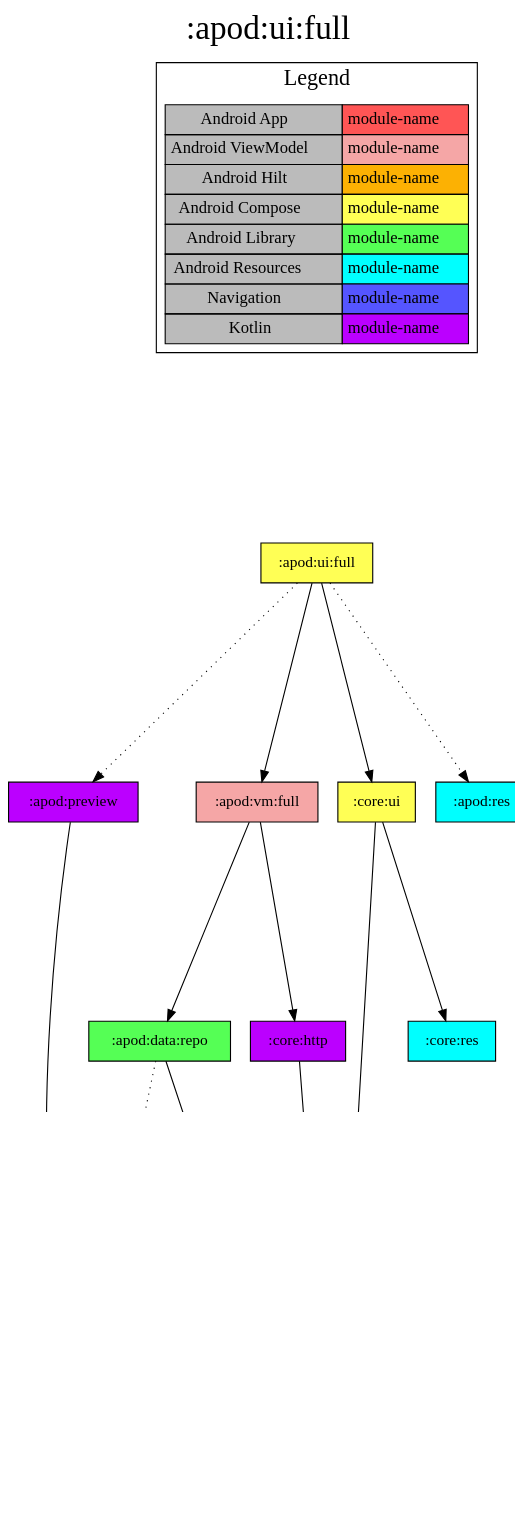
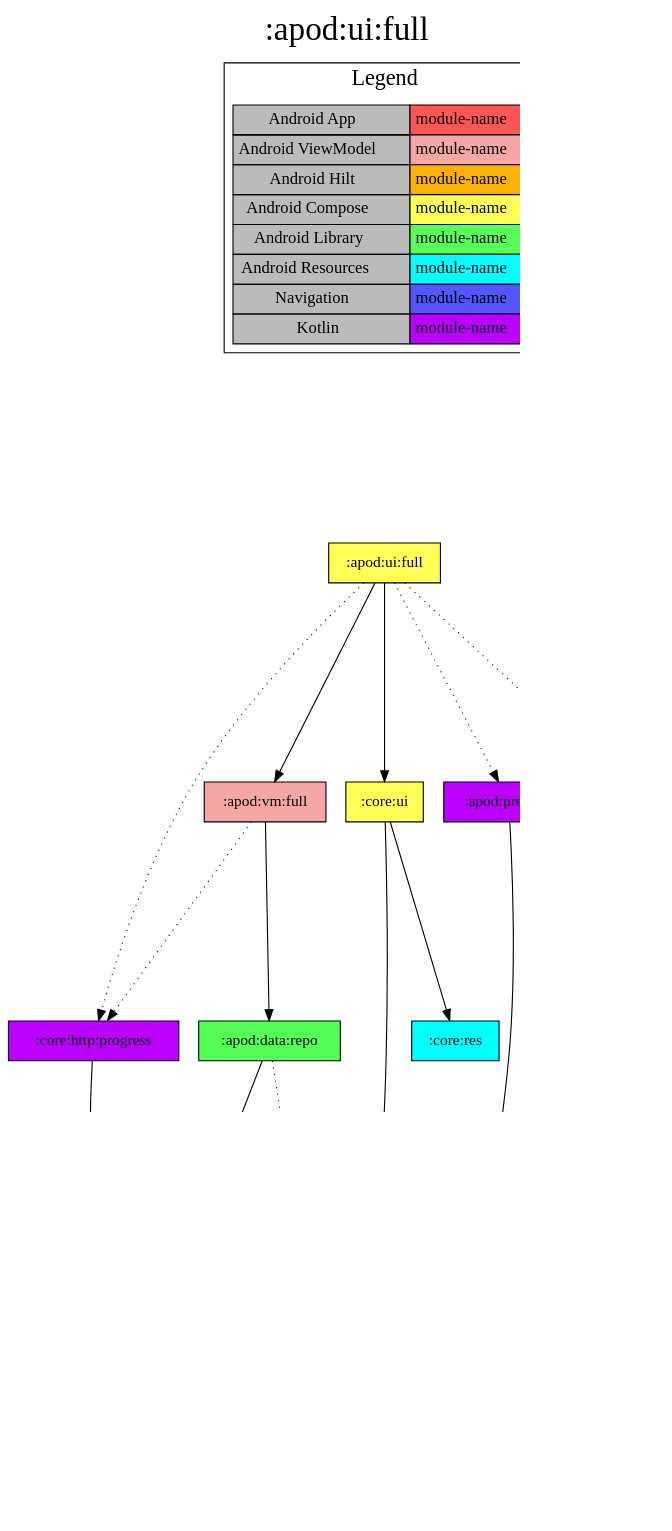
Before and after one commit to jonapoul/nasa-android: the diagram in modules/apod/ui/full/project-dependency-graph.dot, drawn with Graphviz. The commit also changed 85 other files, not shown here.

```diff
--- a/modules/apod/ui/full/project-dependency-graph.dot
+++ b/modules/apod/ui/full/project-dependency-graph.dot
@@ -1,51 +1,52 @@
 digraph {
 edge ["dir"="forward"]
 graph ["dpi"="100","label"=":apod:ui:full","labelloc"="t","fontsize"="30","ranksep"="2.5","rankdir"="TB"]
 node ["style"="filled"]
 ":apod:ui:full" ["fillcolor"="#FFFF55","shape"="box"]
 ":apod:vm:full" ["fillcolor"="#F5A6A6","shape"="box"]
 ":apod:data:repo" ["fillcolor"="#55FF55","shape"="box"]
 ":apod:data:api" ["fillcolor"="#BB00FF","shape"="box"]
 ":apod:model" ["fillcolor"="#BB00FF","shape"="box"]
 ":core:model" ["fillcolor"="#BB00FF","shape"="box"]
 ":db:apod" ["fillcolor"="#BB00FF","shape"="box"]
-":core:http" ["fillcolor"="#BB00FF","shape"="box"]
+":core:http:progress" ["fillcolor"="#BB00FF","shape"="box"]
 ":core:ui" ["fillcolor"="#FFFF55","shape"="box"]
 ":core:res" ["fillcolor"="#00FFFF","shape"="box"]
 ":apod:preview" ["fillcolor"="#BB00FF","shape"="box"]
 ":apod:res" ["fillcolor"="#00FFFF","shape"="box"]
 {
 edge ["dir"="none"]
 graph ["rank"="same"]
 }
 ":apod:ui:full" -> ":apod:vm:full"
 ":apod:ui:full" -> ":core:ui"
 ":apod:ui:full" -> ":apod:preview" ["style"="dotted"]
 ":apod:ui:full" -> ":apod:res" ["style"="dotted"]
+":apod:ui:full" -> ":core:http:progress" ["style"="dotted"]
 ":apod:vm:full" -> ":apod:data:repo"
-":apod:vm:full" -> ":core:http"
+":apod:vm:full" -> ":core:http:progress" ["style"="dotted"]
 ":apod:data:repo" -> ":apod:data:api"
 ":apod:data:repo" -> ":db:apod" ["style"="dotted"]
 ":apod:data:api" -> ":apod:model"
 ":apod:data:api" -> ":core:model"
-":core:http" -> ":core:model"
+":core:http:progress" -> ":core:model"
 ":core:ui" -> ":core:model"
 ":core:ui" -> ":core:res"
 ":apod:preview" -> ":apod:model"
 subgraph "cluster_legend" {
 edge ["dir"="none"]
 graph ["label"="Legend","fontsize"="20"]
 "Legend" ["style"="filled","fillcolor"="#bbbbbb","shape"="none","margin"="0","fontsize"="15","label"=<
 <TABLE BORDER="0" CELLBORDER="1" CELLSPACING="0" CELLPADDING="4">
 <TR><TD>Android App</TD><TD BGCOLOR="#FF5555">module-name</TD></TR>
 <TR><TD>Android ViewModel</TD><TD BGCOLOR="#F5A6A6">module-name</TD></TR>
 <TR><TD>Android Hilt</TD><TD BGCOLOR="#FCB103">module-name</TD></TR>
 <TR><TD>Android Compose</TD><TD BGCOLOR="#FFFF55">module-name</TD></TR>
 <TR><TD>Android Library</TD><TD BGCOLOR="#55FF55">module-name</TD></TR>
 <TR><TD>Android Resources</TD><TD BGCOLOR="#00FFFF">module-name</TD></TR>
 <TR><TD>Navigation</TD><TD BGCOLOR="#5555FF">module-name</TD></TR>
 <TR><TD>Kotlin</TD><TD BGCOLOR="#BB00FF">module-name</TD></TR>
 </TABLE>
 >]
 } -> ":apod:ui:full" ["style"="invis"]
 }
```
